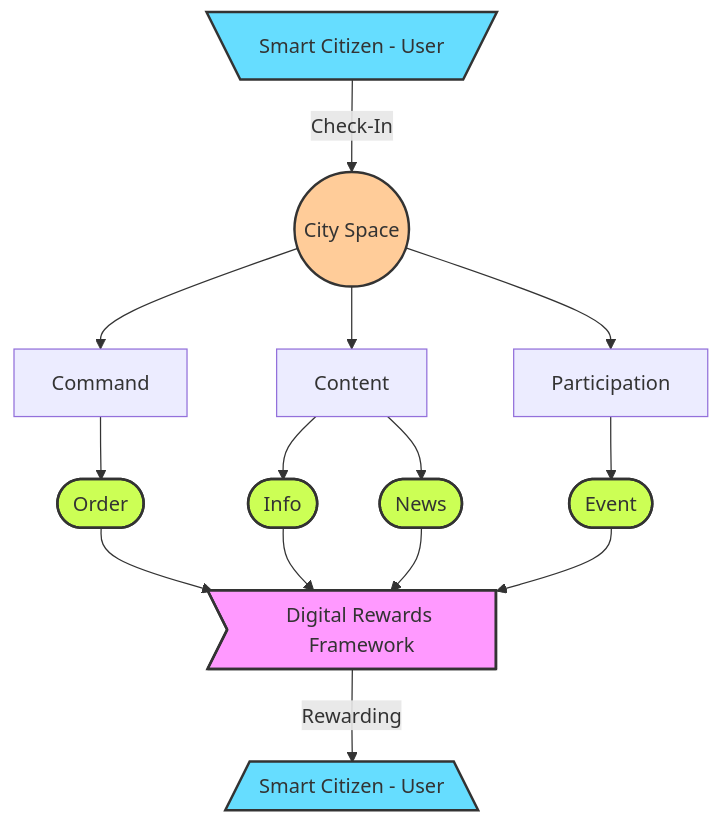
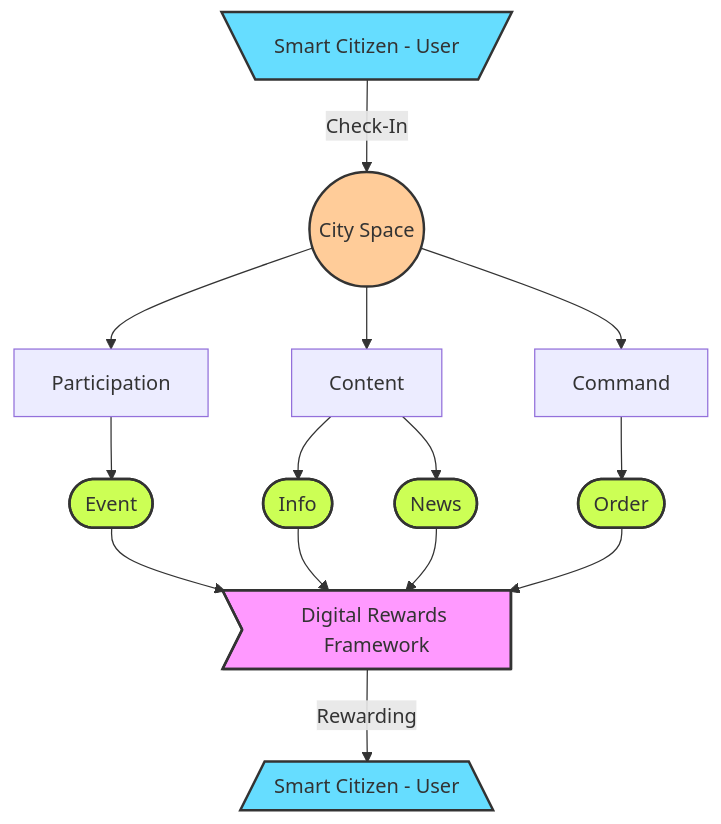
One commit to cityos-work/cityos-dev changed the second of 2 diagrams in pages/roadmap.md. Above: the diagram before and after it, drawn with Mermaid. The commit also changed other lines of this file, not shown here.

````diff
--- a/pages/roadmap.md
+++ b/pages/roadmap.md
@@ -80,24 +80,24 @@
 ```mermaid
 graph TB;
     USER[\Smart Citizen - User/]-- Check-In -->SPACE((City Space));
+    SPACE-->PARTICIPATION[Participation];
+    SPACE-->CONTENT[Content];
     SPACE-->COMMAND[Command];
-    SPACE-->CONTENT[Content];
-    SPACE-->PARTICIPATION[Participation];
-    COMMAND-->ORDER([Order]);
+    PARTICIPATION-->EVENT([Event]);
     CONTENT-->INFO([Info]);
     CONTENT-->NEWS([News]);
-    PARTICIPATION-->EVENT([Event]);
-    ORDER-->REWARD>Digital Rewards Framework];
+    COMMAND-->ORDER([Order]);
+    EVENT-->REWARD;
     INFO-->REWARD;
     NEWS-->REWARD;
-    EVENT-->REWARD;
+    ORDER-->REWARD>Digital Rewards Framework];
     REWARD-- Rewarding -->REWARDEDUSER[/Smart Citizen - User\];
     style USER fill:#6df,stroke:#333,stroke-width:2px
     style REWARDEDUSER fill:#6df,stroke:#333,stroke-width:2px
     style SPACE fill:#fc9,stroke:#333,stroke-width:2px
     style ORDER fill:#CF5, stroke:#333,stroke-width:2px
     style INFO fill:#CF5, stroke:#333,stroke-width:2px
     style NEWS fill:#CF5, stroke:#333,stroke-width:2px
     style EVENT fill:#CF5, stroke:#333,stroke-width:2px
     style REWARD fill:#f9f,stroke:#333,stroke-width:2px   
 ```
````
